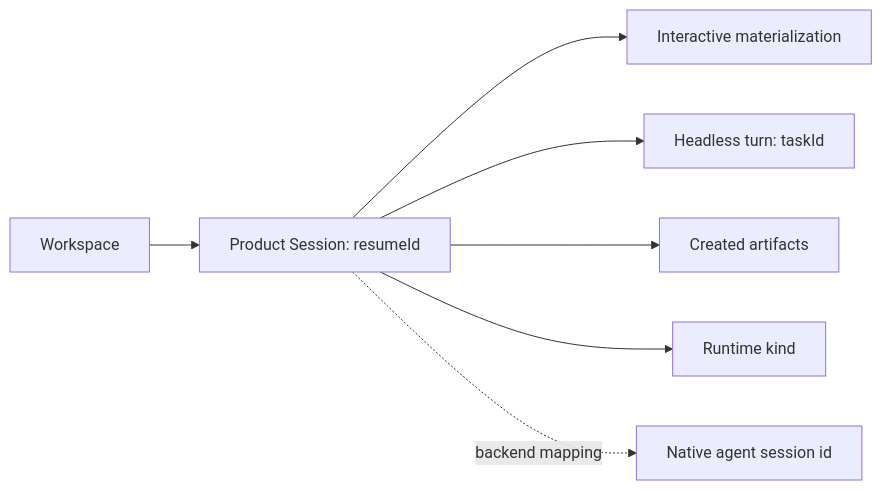
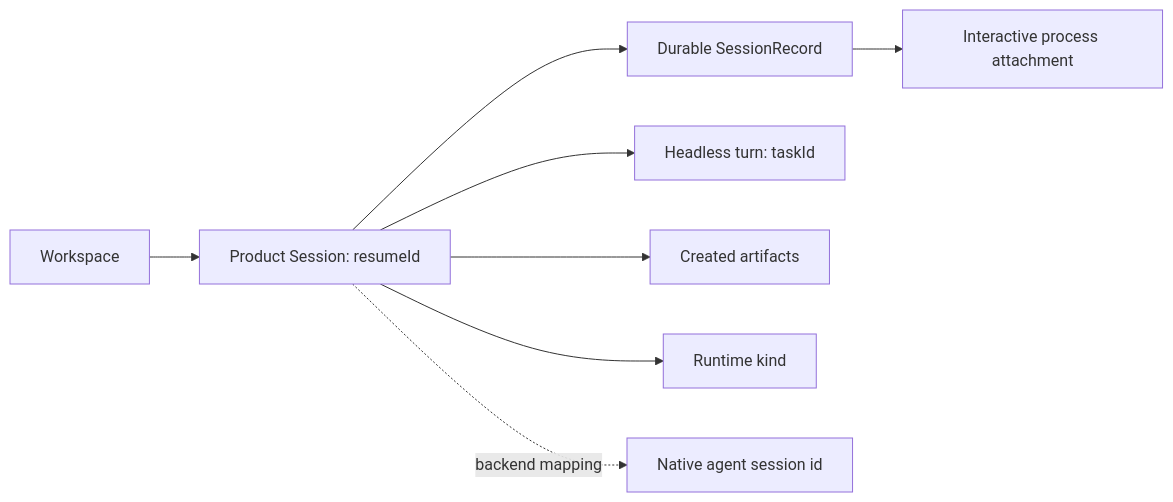
The diagram in docs/conversation-provenance.md (TraderAlice/OpenAlice), drawn with Mermaid before and after one commit. The commit also changed other lines of this file and 30 other files, not shown here.

````diff
--- a/docs/conversation-provenance.md
+++ b/docs/conversation-provenance.md
@@ -54,9 +55,10 @@
 ```mermaid
 flowchart LR
   W["Workspace"] --> S["Product Session: resumeId"]
-  S --> T1["Interactive materialization"]
+  S --> SR["Durable SessionRecord"]
+  SR --> T1["Interactive process attachment"]
   S --> T2["Headless turn: taskId"]
   S --> A["Created artifacts"]
   S --> R["Runtime kind"]
   S -. backend mapping .-> N["Native agent session id"]
 ```
````
